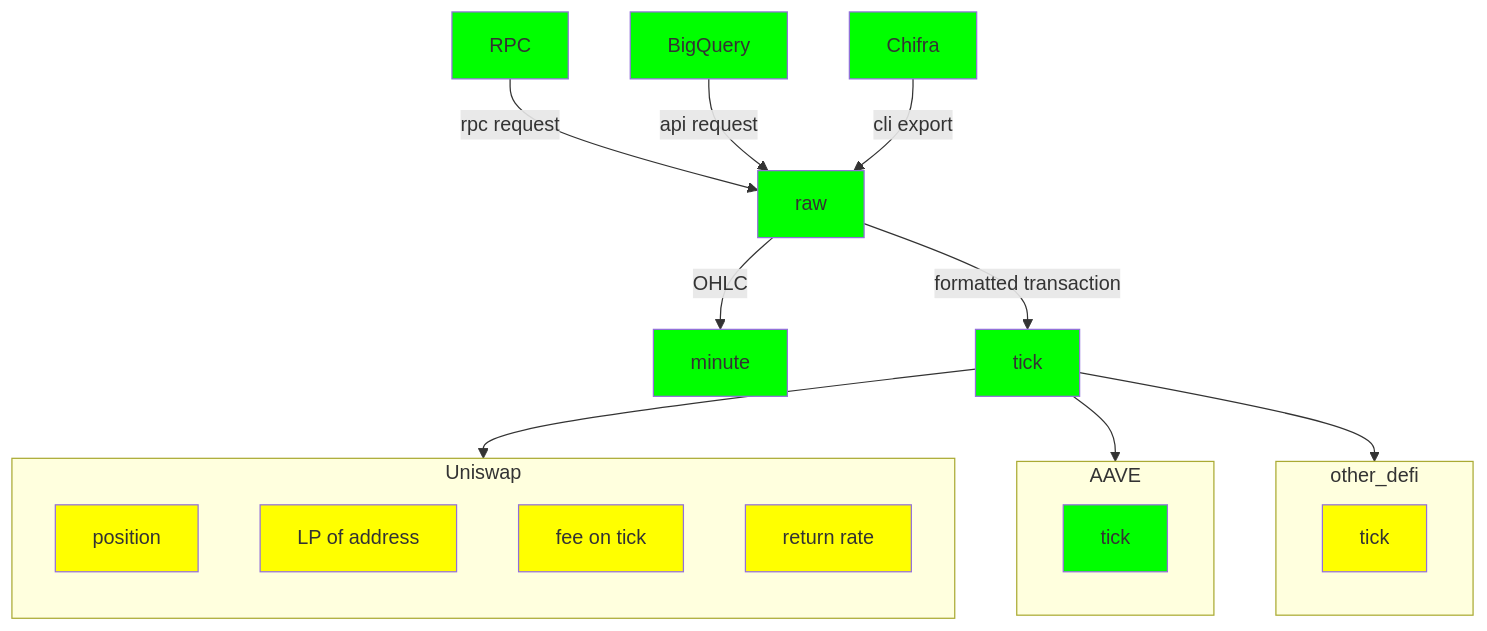
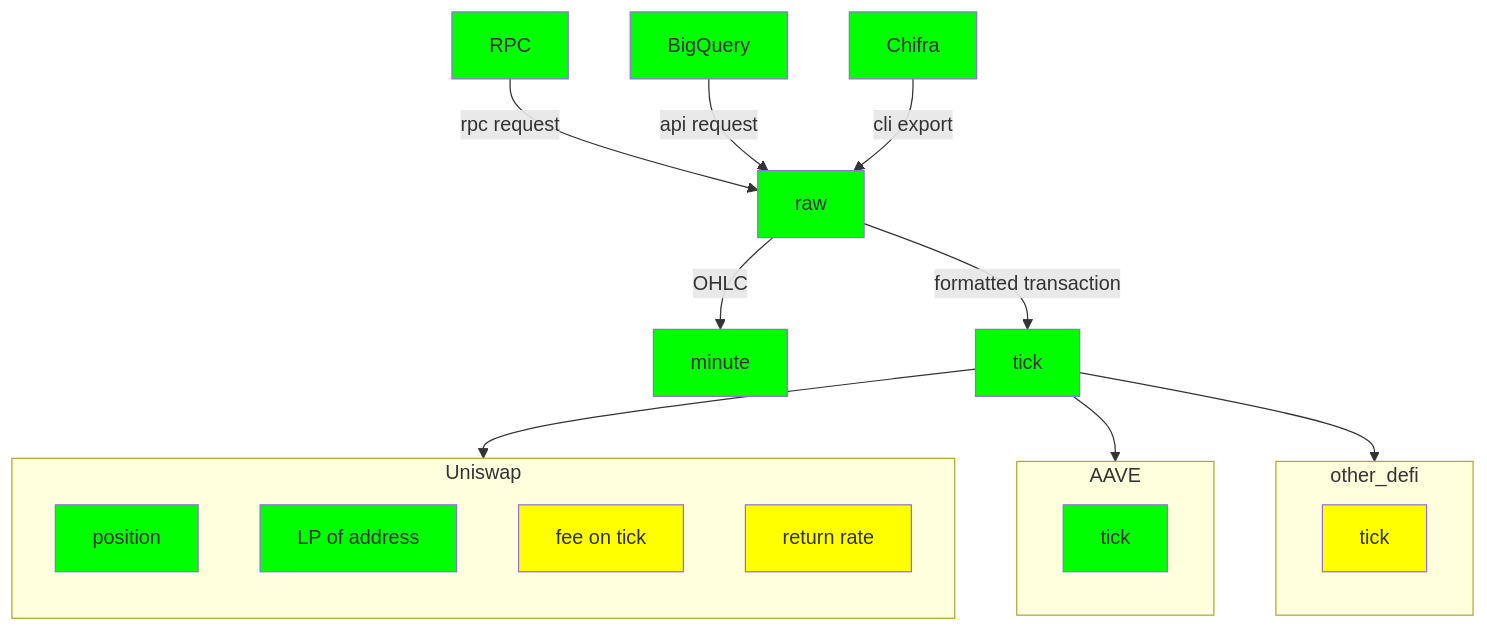
One commit to zelos-alpha/demeter-fetch changed the second of 2 diagrams in README.md. Above: the diagram before and after it, drawn with Mermaid. The commit also changed other lines of this file and 7 other files, not shown here.

````diff
--- a/README.md
+++ b/README.md
@@ -36,26 +36,26 @@
 ```mermaid
 flowchart TB;
    RPC:::done --rpc request--> raw:::done;
    BigQuery:::done --api request--> raw;
    Chifra:::done --cli export--> raw;
    raw --OHLC--> minute:::done;
    raw --formatted transaction--> tick:::done;
    tick --> Uniswap;
    tick --> AAVE;
    tick --> other_defi;
    subgraph Uniswap;
       direction TB;
-      position:::to_do;
-      address_LP[LP of address]:::to_do;
+      position:::done;
+      address_LP[LP of address]:::done;
       fee_on_tick[fee on tick]:::to_do;
       return_rate[return rate]:::to_do;
    end
    subgraph AAVE;
       aave_tick[tick]:::done;
    end
    subgraph other_defi;
       other_tick[tick]:::to_do;
    end
    classDef done fill:#00ff00
    classDef to_do fill:#ffff00
 ```
````
